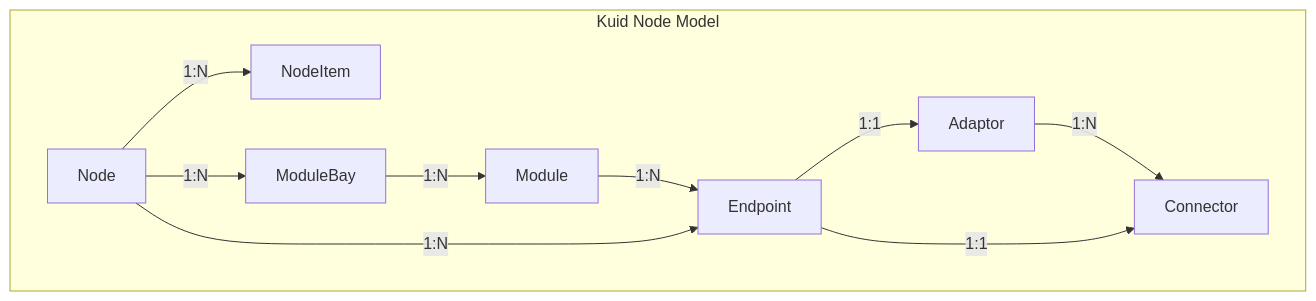
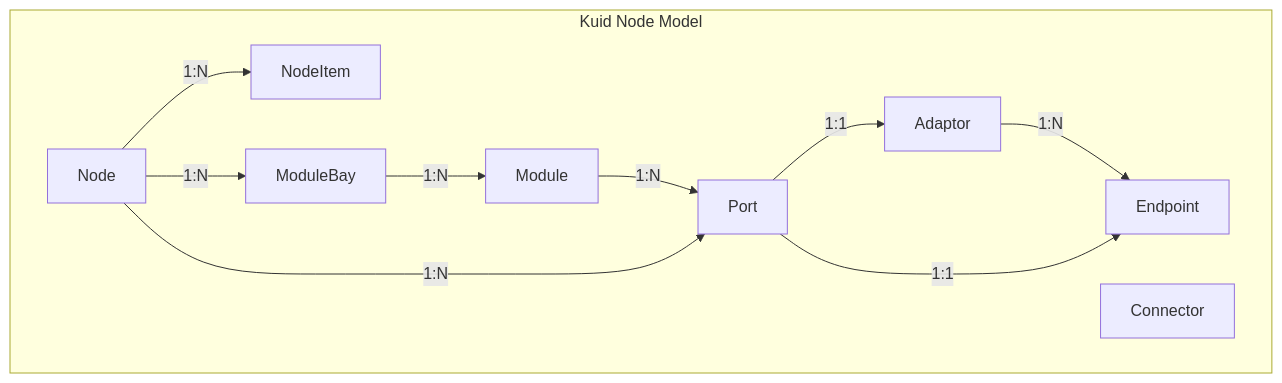
Before and after one commit to kuidio/docs: the second of 3 diagrams in docs/02-resources/02-inventory/01_about.md, drawn with Mermaid. The commit also changed other lines of this file and 1 other file, not shown here.

````diff
--- a/docs/02-resources/02-inventory/01_about.md
+++ b/docs/02-resources/02-inventory/01_about.md
@@ -38,20 +38,20 @@
 ```mermaid
 graph TD;
     subgraph "Kuid Node Model"
         Node
         NodeItem;
         ModuleBay;
         Module;
-        Endpoint;
+        Port;
         Connector;
         Adaptor;
         Node --> |1:N| NodeItem;
         Node --> |1:N| ModuleBay;
         ModuleBay --> |1:N| Module;
-        Module --> |1:N| Endpoint;
-        Node --> |1:N| Endpoint;
-        Endpoint --> |1:1| Adaptor;
-        Adaptor --> |1:N| Connector;
-        Endpoint --> |1:1| Connector;
+        Module --> |1:N| Port;
+        Node --> |1:N| Port;
+        Port --> |1:1| Adaptor;
+        Adaptor --> |1:N| Endpoint;
+        Port --> |1:1| Endpoint;
     end
 ```
````
